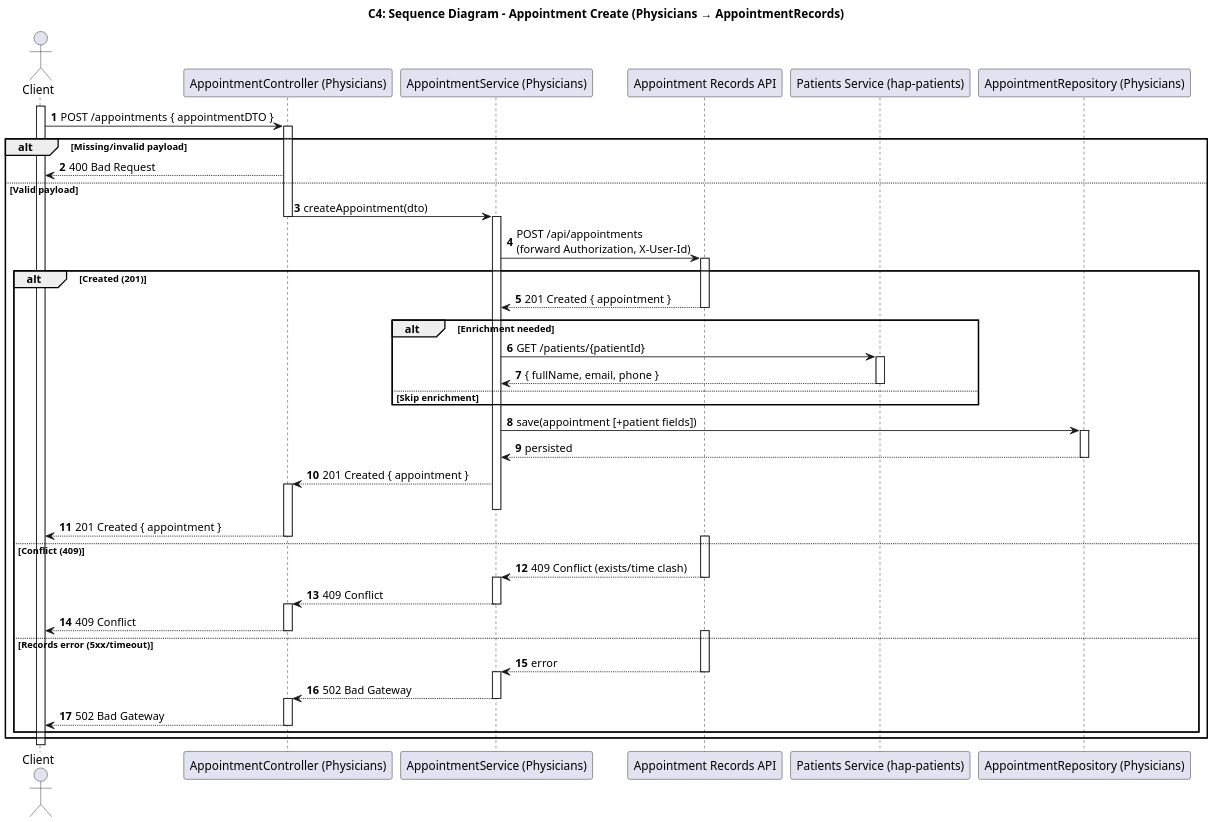
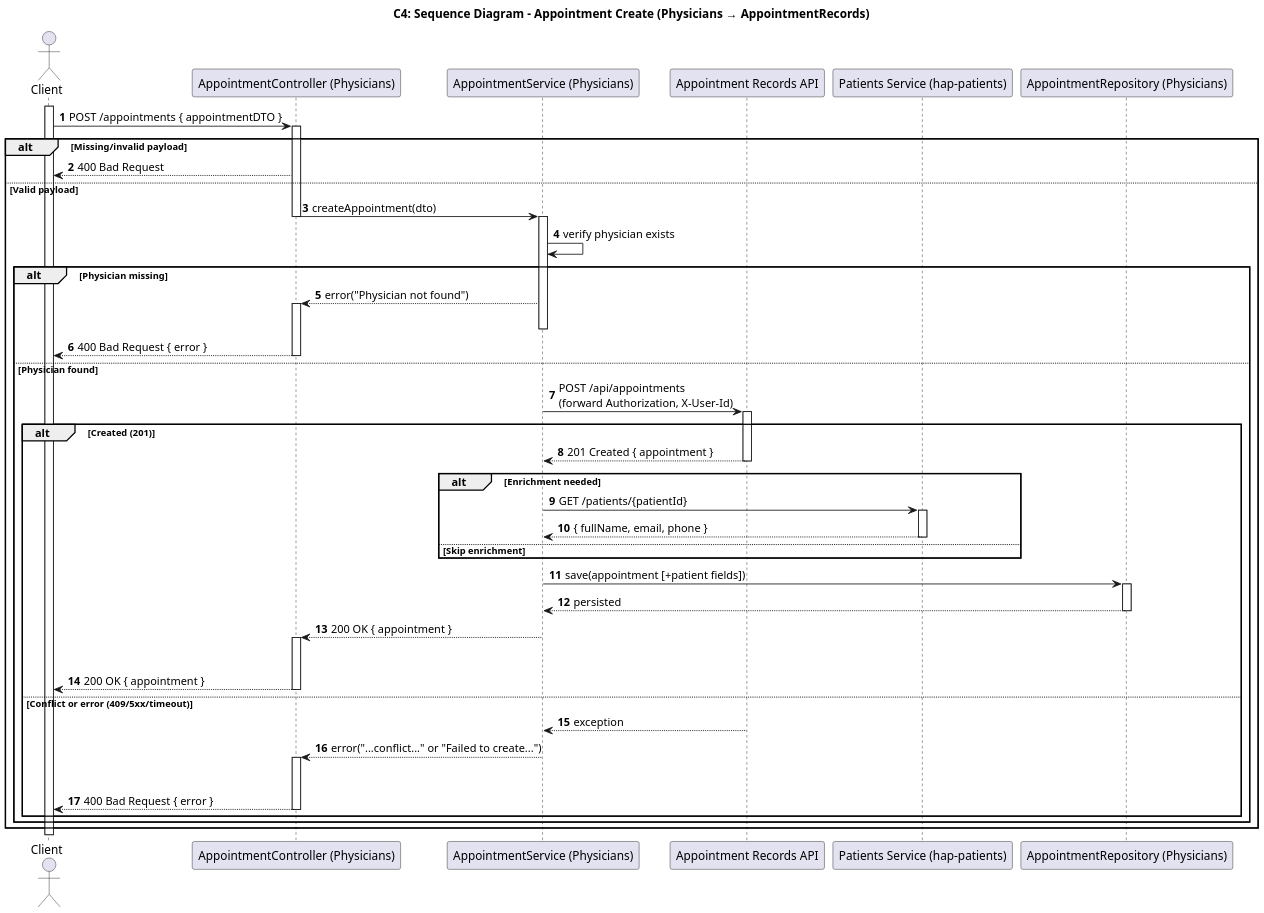
The diagram in DOCS/C4+1/C4+1-AppointmentCreate-Sequence.puml (pedrods05/LETI_SIDIS_3DA_6), drawn with PlantUML before and after one commit. The commit also changed 8 other files, not shown here.

Commit message:
diagramas

```diff
--- a/DOCS/C4+1/C4+1-AppointmentCreate-Sequence.puml
+++ b/DOCS/C4+1/C4+1-AppointmentCreate-Sequence.puml
@@ -1,72 +1,69 @@
 @startuml
-' C4+1 — Appointment create SD (layered)
+' C4+1 — Appointment create SD (alinhado com implementação atual)
 skinparam dpi 150
 skinparam shadowing false
 skinparam DefaultFontName Arial
 
 title C4: Sequence Diagram - Appointment Create (Physicians → AppointmentRecords)
 
 actor Client
 participant "AppointmentController (Physicians)" as Controller
 participant "AppointmentService (Physicians)" as Service
 participant "Appointment Records API" as Records
 participant "Patients Service (hap-patients)" as Patients
 participant "AppointmentRepository (Physicians)" as Repo
 activate Client
 autonumber
 Client -> Controller : POST /appointments { appointmentDTO }
 activate Controller
 alt Missing/invalid payload
   Controller --> Client : 400 Bad Request
 else Valid payload
   Controller -> Service : createAppointment(dto)
   deactivate Controller
   activate Service
-  ' Create in source-of-truth first
-  Service -> Records : POST /api/appointments\n(forward Authorization, X-User-Id)
-  activate Records
-  alt Created (201)
-    Records --> Service : 201 Created { appointment }
-    deactivate Records
-    ' Optional enrichment from Patients (best-effort)
-    alt Enrichment needed
-      Service -> Patients : GET /patients/{patientId}
-      activate Patients
-      Patients --> Service : { fullName, email, phone }
-      deactivate Patients
-    else Skip enrichment
-    end
-    ' Persist local mirror
-    Service -> Repo : save(appointment [+patient fields])
-    activate Repo
-    Repo --> Service : persisted
-    deactivate Repo
-    Service --> Controller : 201 Created { appointment }
+  Service -> Service : verify physician exists
+  alt Physician missing
+    Service --> Controller : error("Physician not found")
     activate Controller
     deactivate Service
-    Controller --> Client : 201 Created { appointment }
+    Controller --> Client : 400 Bad Request { error }
     deactivate Controller
-  else Conflict (409)
+  else Physician found
+    ' Create in source-of-truth first
+    Service -> Records : POST /api/appointments\n(forward Authorization, X-User-Id)
     activate Records
-    Records --> Service : 409 Conflict (exists/time clash)
-    deactivate Records
-    activate Service
-    Service --> Controller : 409 Conflict
-    deactivate Service
-    activate Controller
-    Controller --> Client : 409 Conflict
-    deactivate Controller
-  else Records error (5xx/timeout)
-  activate Records
-    Records --> Service : error
-    deactivate Records
-    activate Service
-    Service --> Controller : 502 Bad Gateway
-    deactivate Service
-    activate Controller
-    Controller --> Client : 502 Bad Gateway
-    deactivate Controller
+    alt Created (201)
+      Records --> Service : 201 Created { appointment }
+      deactivate Records
+      ' Optional enrichment from Patients (best-effort)
+      alt Enrichment needed
+        Service -> Patients : GET /patients/{patientId}
+        activate Patients
+        Patients --> Service : { fullName, email, phone }
+        deactivate Patients
+      else Skip enrichment
+      end
+      ' Persist local mirror
+      Service -> Repo : save(appointment [+patient fields])
+      activate Repo
+      Repo --> Service : persisted
+      deactivate Repo
+      Service --> Controller : 200 OK { appointment }
+      activate Controller
+      deactivate Service
+      Controller --> Client : 200 OK { appointment }
+      deactivate Controller
+    else Conflict or error (409/5xx/timeout)
+      Records --> Service : exception
+      deactivate Records
+      Service --> Controller : error("...conflict..." or "Failed to create...")
+      activate Controller
+      deactivate Service
+      Controller --> Client : 400 Bad Request { error }
+      deactivate Controller
+    end
   end
 end
 
 @enduml
```
